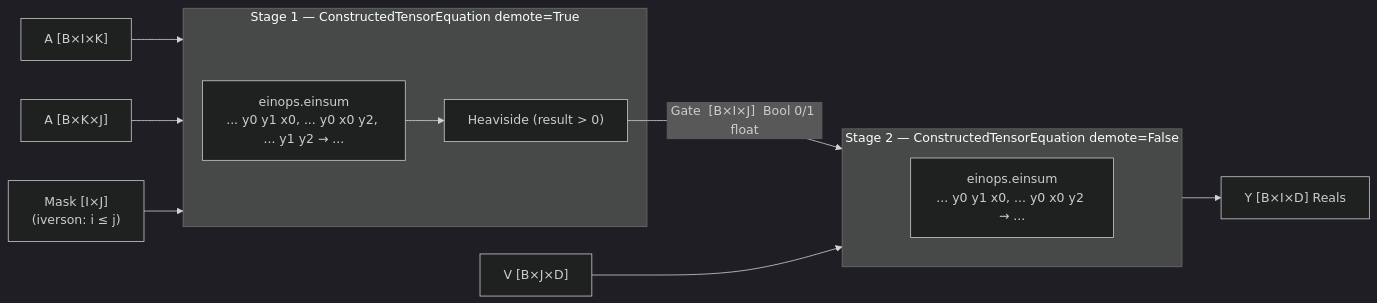
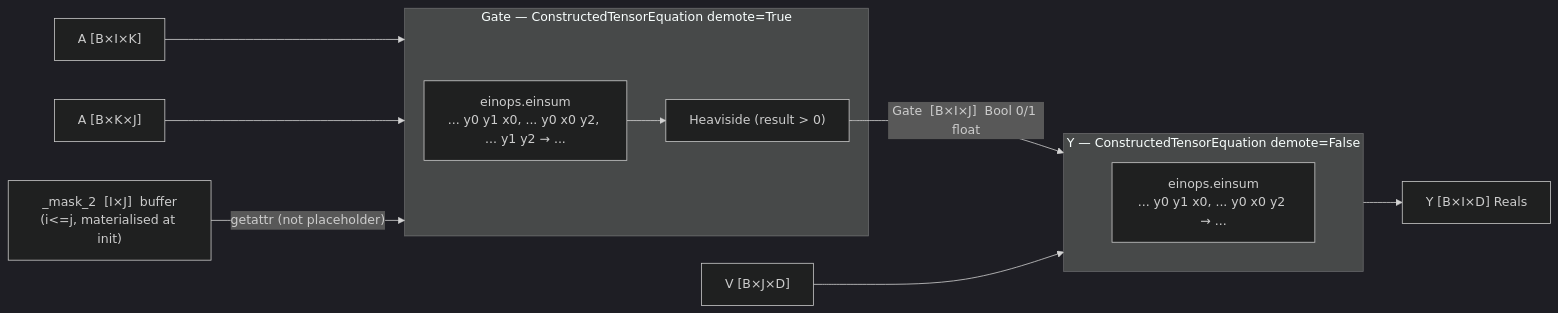
Before and after one commit to william-macready/pyncd: the fourth of 6 diagrams in papers/pytorch_compilation.md, drawn with Mermaid (dark theme). The commit also changed other lines of this file and 5 other files, not shown here.

````diff
--- a/papers/pytorch_compilation.md
+++ b/papers/pytorch_compilation.md
@@ -633,26 +834,26 @@
 ```mermaid
 graph LR
     A1i["A  [B×I×K]"]
     A2i["A  [B×K×J]"]
-    Mi["Mask  [I×J]\n(iverson: i ≤ j)"]
+    BUF["_mask_2  [I×J]  buffer\n(i<=j, materialised at init)"]
     Vi["V  [B×J×D]"]
 
-    A1i --> Stage1
-    A2i --> Stage1
-    Mi  --> Stage1
+    A1i --> GateMod
+    A2i --> GateMod
+    BUF -->|"getattr (not placeholder)"| GateMod
 
-    subgraph Stage1["Stage 1 — ConstructedTensorEquation  demote=True"]
+    subgraph GateMod["Gate — ConstructedTensorEquation  demote=True"]
         E1["einops.einsum\n... y0 y1 x0, ... y0 x0 y2, ... y1 y2 → ..."]
         HV["Heaviside  (result > 0)"]
         E1 --> HV
     end
 
-    HV -->|"Gate  [B×I×J]  Bool 0/1 float"| Stage2
+    HV -->|"Gate  [B×I×J]  Bool 0/1 float"| YMod
 
-    subgraph Stage2["Stage 2 — ConstructedTensorEquation  demote=False"]
+    subgraph YMod["Y — ConstructedTensorEquation  demote=False"]
         E2["einops.einsum\n... y0 y1 x0, ... y0 x0 y2 → ..."]
     end
 
-    Vi --> Stage2
-    Stage2 --> Yi["Y  [B×I×D]  Reals"]
+    Vi --> YMod
+    YMod --> Yi["Y  [B×I×D]  Reals"]
 ```
````
